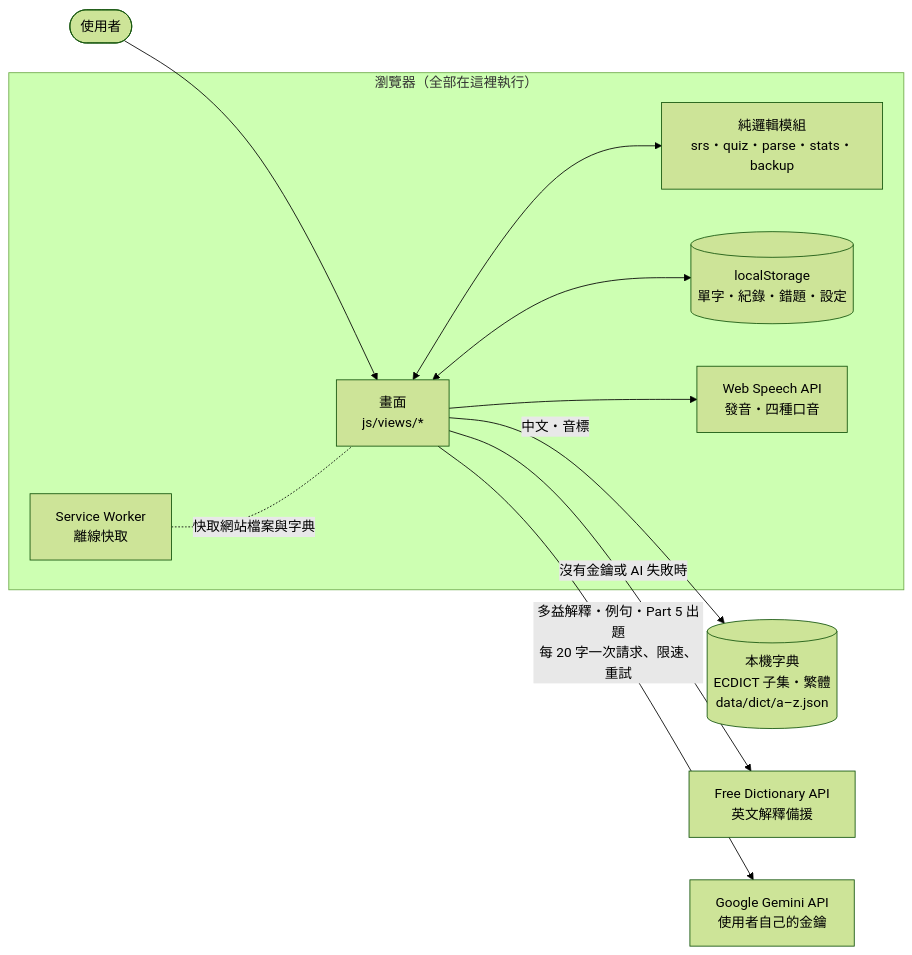
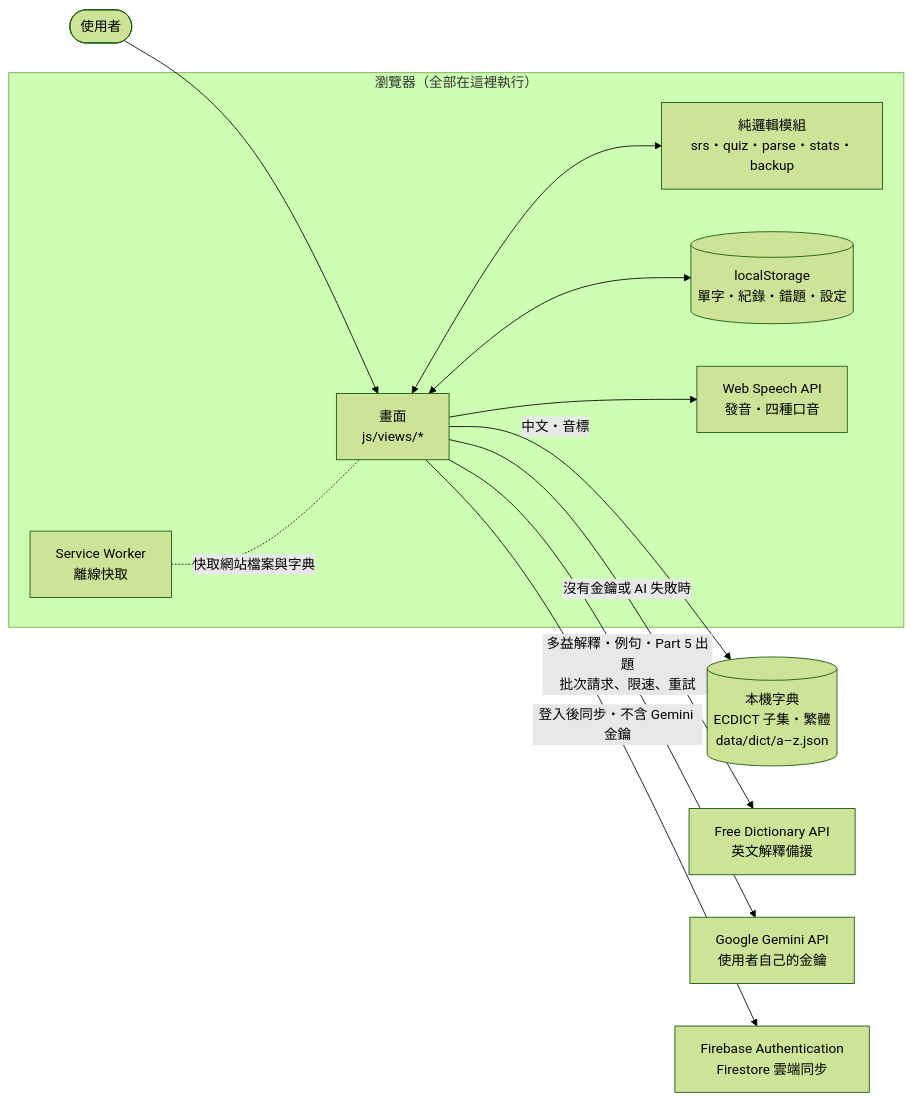
The diagram in README.md (kevin930326/toeic-cards), drawn with Mermaid (forest theme) before and after one commit. The commit also changed other lines of this file and 1 other file, not shown here.

````diff
--- a/README.md
+++ b/README.md
@@ -138,23 +170,25 @@
 ```mermaid
 flowchart LR
   user([使用者])
   subgraph browser[瀏覽器（全部在這裡執行）]
     ui[畫面<br/>js/views/*]
     logic[純邏輯模組<br/>srs・quiz・parse・stats・backup]
     store[(localStorage<br/>單字・紀錄・錯題・設定)]
     sw[Service Worker<br/>離線快取]
     speech[Web Speech API<br/>發音・四種口音]
   end
   dict[(本機字典<br/>ECDICT 子集・繁體<br/>data/dict/a–z.json)]
   fd[Free Dictionary API<br/>英文解釋備援]
   gemini[Google Gemini API<br/>使用者自己的金鑰]
+  firebase[Firebase Authentication<br/>Firestore 雲端同步]
 
   user --> ui
   ui <--> logic
   ui <--> store
   ui --> speech
   ui -- 中文・音標 --> dict
   ui -- 沒有金鑰或 AI 失敗時 --> fd
-  ui -- 多益解釋・例句・Part 5 出題<br/>每 20 字一次請求、限速、重試 --> gemini
+  ui -- 多益解釋・例句・Part 5 出題<br/>批次請求、限速、重試 --> gemini
+  ui -- 登入後同步・不含 Gemini 金鑰 --> firebase
   sw -. 快取網站檔案與字典 .- ui
 ```
````
